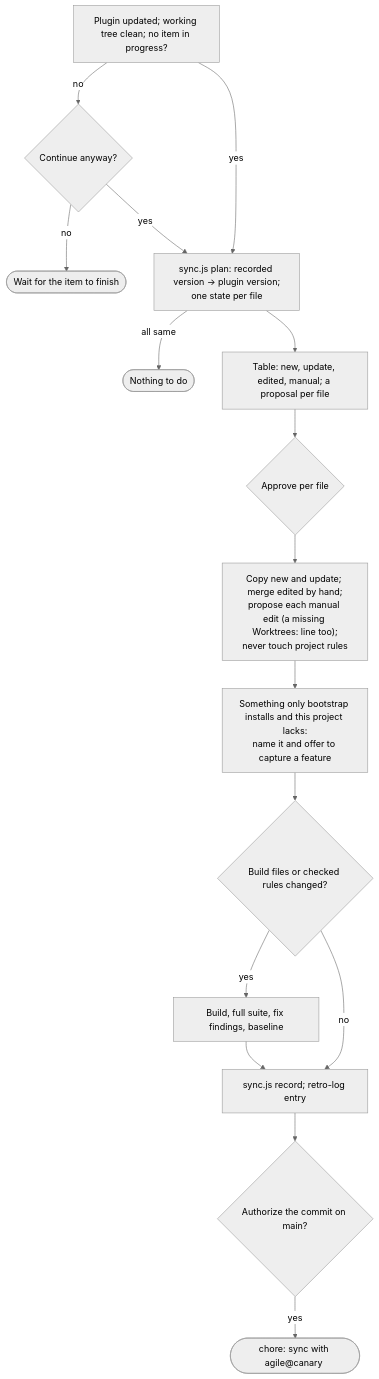
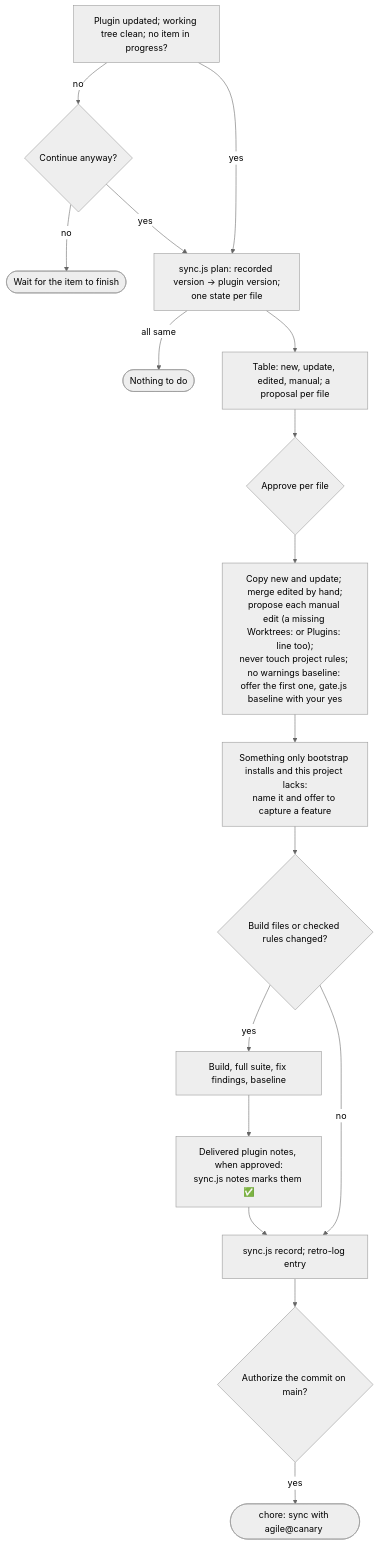
Diagram 16 of 18 in docs/agile/workflow.md (alexcanario/simulab), drawn with Mermaid (neutral theme) before and after one commit. The commit also changed other lines of this file and 9 other files, not shown here.

````diff
--- a/docs/agile/workflow.md
+++ b/docs/agile/workflow.md
@@ -1408,18 +1559,19 @@
 ```mermaid
 flowchart TD
     A["Plugin updated; working tree clean; no item in progress?"] -->|no| A1{"Continue anyway?"}
     A1 -->|no| A2(["Wait for the item to finish"])
     A -->|yes| B["sync.js plan: recorded version → plugin version;<br/>one state per file"]
     A1 -->|yes| B
     B -->|all same| B1(["Nothing to do"])
     B --> C["Table: new, update, edited, manual; a proposal per file"]
     C --> D{"Approve per file"}
-    D --> E["Copy new and update; merge edited by hand;<br/>propose each manual edit (a missing Worktrees: line too);<br/>never touch project rules"]
+    D --> E["Copy new and update; merge edited by hand;<br/>propose each manual edit (a missing Worktrees: or Plugins: line too);<br/>never touch project rules; no warnings baseline: offer the first one, gate.js baseline with your yes"]
     E --> E2["Something only bootstrap installs and this project lacks:<br/>name it and offer to capture a feature"]
     E2 --> F{"Build files or checked rules changed?"}
     F -->|yes| G["Build, full suite, fix findings, baseline"]
     F -->|no| H
-    G --> H["sync.js record; retro-log entry"]
+    G --> G2["Delivered plugin notes, when approved:<br/>sync.js notes marks them ✅"]
+    G2 --> H["sync.js record; retro-log entry"]
     H --> I{"Authorize the commit on main?"}
     I -->|yes| J(["chore: sync with agile@canary <version>"])
 ```
````
